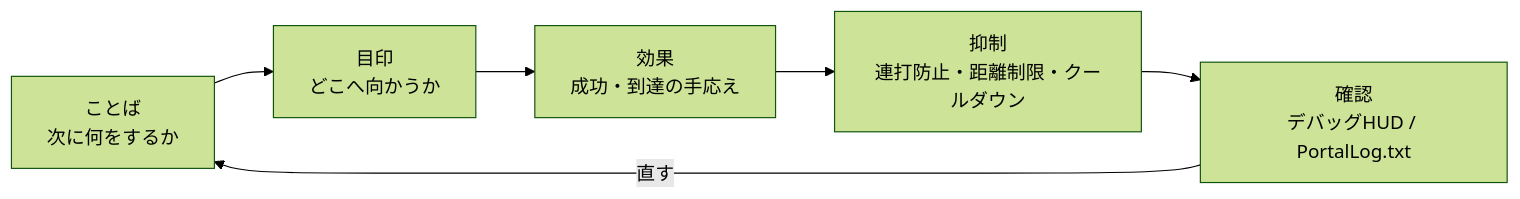
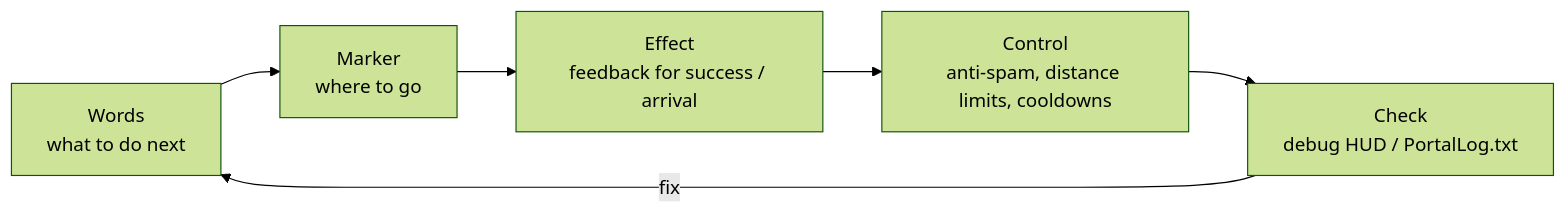
One commit to link1345/bf-portal-book changed the diagram in content/locales/en/chapters/8-action.md. Above: the diagram before and after it, drawn with Mermaid (forest theme). The commit also changed other lines of this file and 2 other files, not shown here.

````diff
--- a/content/locales/en/chapters/8-action.md
+++ b/content/locales/en/chapters/8-action.md
@@ -19,11 +19,11 @@
 ```mermaid
 flowchart LR
-  message["ことば<br/>次に何をするか"]
-  icon["目印<br/>どこへ向かうか"]
-  effect["効果<br/>成功・到達の手応え"]
-  limit["抑制<br/>連打防止・距離制限・クールダウン"]
-  debug["確認<br/>デバッグHUD / PortalLog.txt"]
+  message["Words<br/>what to do next"]
+  icon["Marker<br/>where to go"]
+  effect["Effect<br/>feedback for success / arrival"]
+  limit["Control<br/>anti-spam, distance limits, cooldowns"]
+  debug["Check<br/>debug HUD / PortalLog.txt"]
 
   message --> icon --> effect --> limit --> debug
-  debug -- "直す" --> message
+  debug -- "fix" --> message
 ```
````
